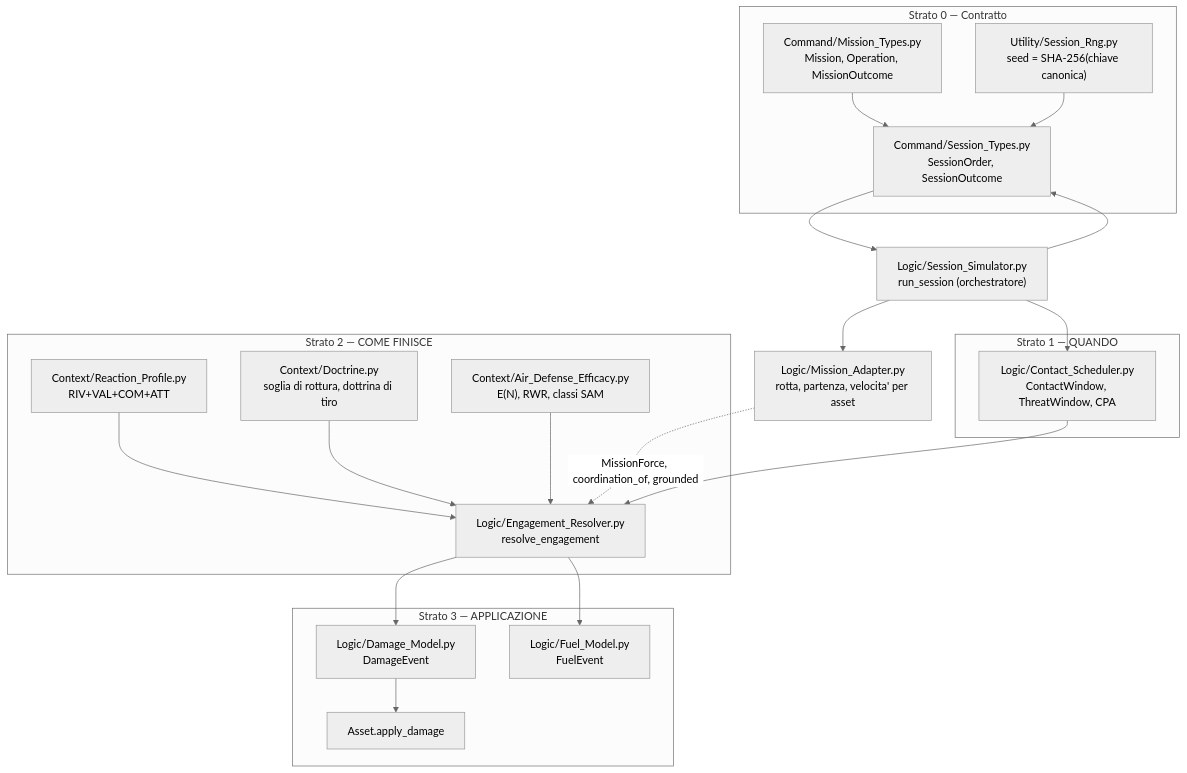
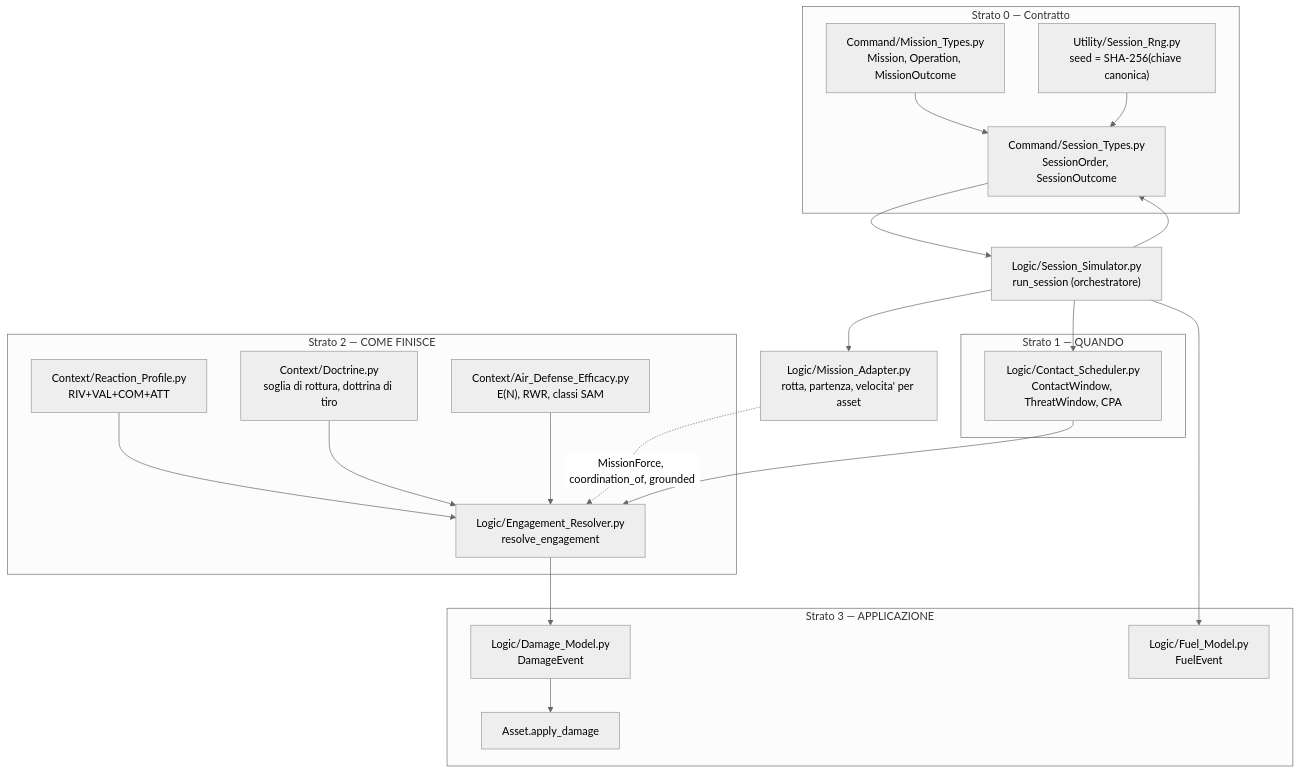
The diagram in Analysis/Document/Manuale_Motore_DES/02_Scopo_e_Motivazioni.md (MakusIV/Warfare-Model), drawn with Mermaid (neutral theme) before and after one commit. The commit also changed other lines of this file and 9 other files, not shown here.

````diff
--- a/Analysis/Document/Manuale_Motore_DES/02_Scopo_e_Motivazioni.md
+++ b/Analysis/Document/Manuale_Motore_DES/02_Scopo_e_Motivazioni.md
@@ -88,43 +41,43 @@
 ```mermaid
 flowchart TD
     subgraph S0["Strato 0 — Contratto"]
         ST["Command/Session_Types.py<br/>SessionOrder, SessionOutcome"]
         MT["Command/Mission_Types.py<br/>Mission, Operation, MissionOutcome"]
         RNG["Utility/Session_Rng.py<br/>seed = SHA-256(chiave canonica)"]
     end
 
     subgraph S1["Strato 1 — QUANDO"]
         CS["Logic/Contact_Scheduler.py<br/>ContactWindow, ThreatWindow, CPA"]
     end
 
     subgraph S2["Strato 2 — COME FINISCE"]
         ER["Logic/Engagement_Resolver.py<br/>resolve_engagement"]
         RP["Context/Reaction_Profile.py<br/>RIV+VAL+COM+ATT"]
         DOC["Context/Doctrine.py<br/>soglia di rottura, dottrina di tiro"]
         ADE["Context/Air_Defense_Efficacy.py<br/>E(N), RWR, classi SAM"]
     end
 
     subgraph S3["Strato 3 — APPLICAZIONE"]
         DM["Logic/Damage_Model.py<br/>DamageEvent"]
         FM["Logic/Fuel_Model.py<br/>FuelEvent"]
         AD["Asset.apply_damage"]
     end
 
     ORCH["Logic/Session_Simulator.py<br/>run_session (orchestratore)"]
     MA["Logic/Mission_Adapter.py<br/>rotta, partenza, velocita' per asset"]
 
     MT --> ST
     ST --> ORCH
     ORCH --> MA
     MA -.->|MissionForce, coordination_of, grounded| ER
     RNG --> ST
     ORCH --> CS
     CS --> ER
     RP --> ER
     DOC --> ER
     ADE --> ER
     ER --> DM
-    ER --> FM
+    ORCH --> FM
     DM --> AD
     ORCH --> ST
 ```
````
